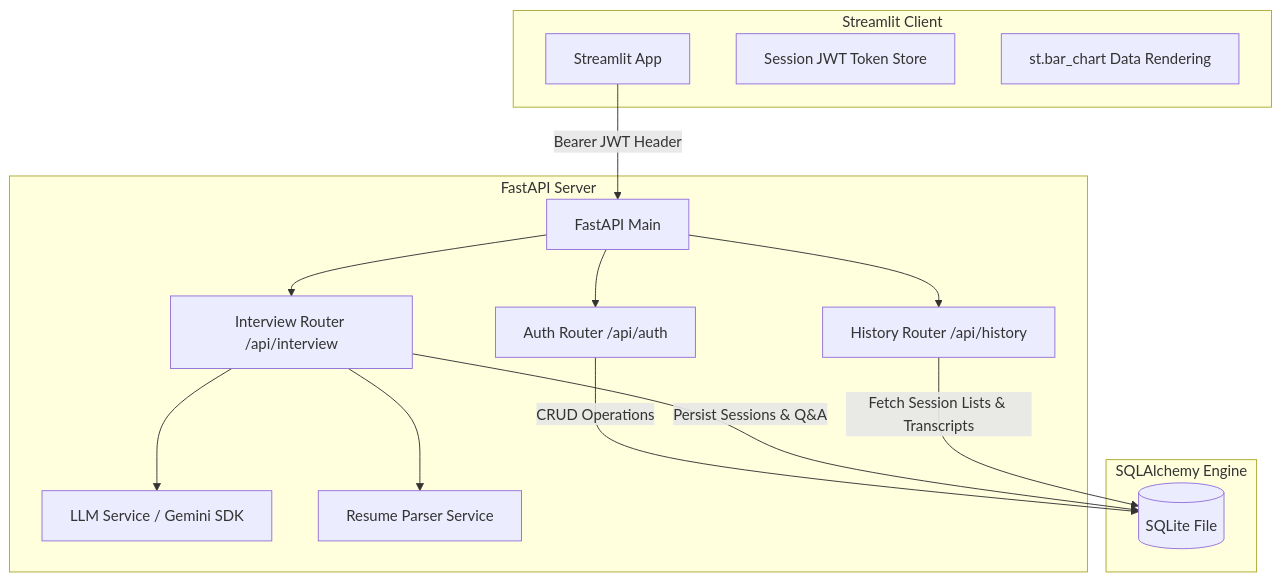
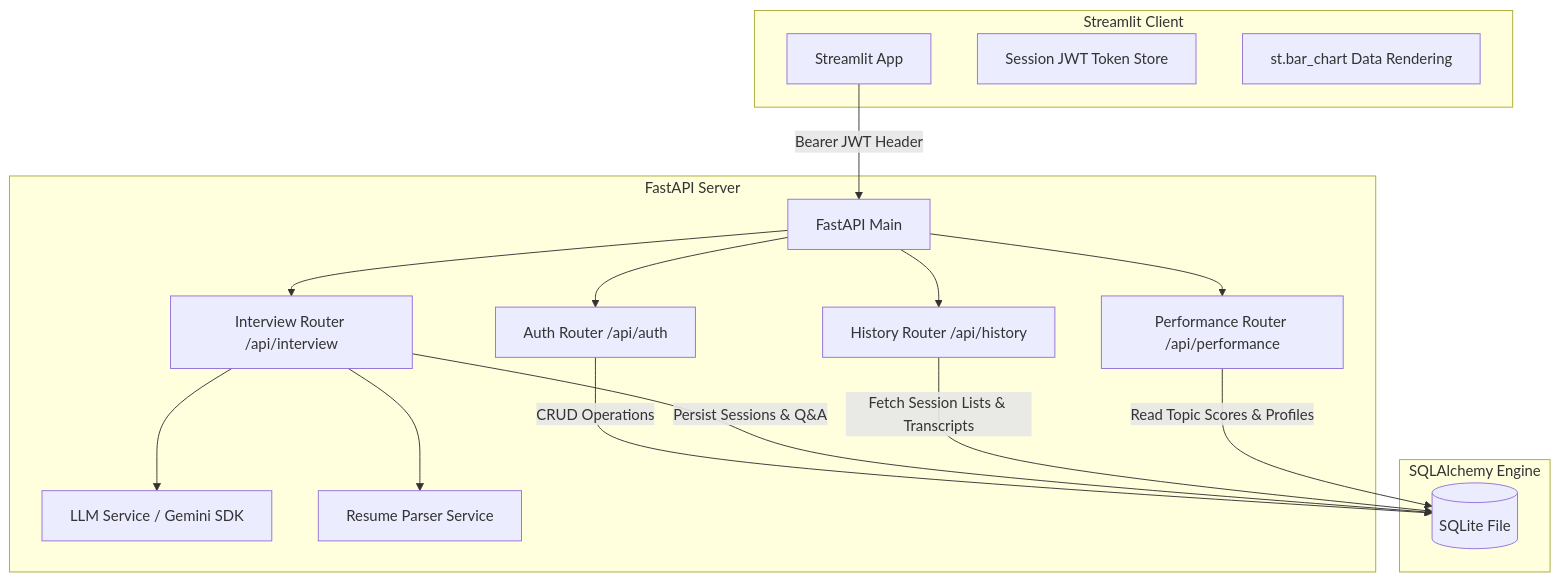
The diagram in README.md (Shruttik/ai-interview-assistant), drawn with Mermaid before and after one commit. The commit also changed other lines of this file and 7 other files, not shown here.

````diff
--- a/README.md
+++ b/README.md
@@ -24,31 +27,34 @@
 ```mermaid
 graph TD
     subgraph Frontend [Streamlit Client]
         UI[Streamlit App]
         AuthStore[Session JWT Token Store]
         Charts[st.bar_chart Data Rendering]
     end
 
     subgraph Backend [FastAPI Server]
         API[FastAPI Main]
         AuthRoute[Auth Router /api/auth]
         CoachRoute[Interview Router /api/interview]
+        PerfRoute[Performance Router /api/performance]
         HistRoute[History Router /api/history]
         LLM[LLM Service / Gemini SDK]
         PDF[Resume Parser Service]
     end
 
     subgraph Database [SQLAlchemy Engine]
         DB[(SQLite File)]
     end
 
     UI -->|Bearer JWT Header| API
     API --> AuthRoute
     API --> CoachRoute
+    API --> PerfRoute
     API --> HistRoute
     CoachRoute --> LLM
     CoachRoute --> PDF
     AuthRoute -->|CRUD Operations| DB
     CoachRoute -->|Persist Sessions & Q&A| DB
     HistRoute -->|Fetch Session Lists & Transcripts| DB
+    PerfRoute -->|Read Topic Scores & Profiles| DB
 ```
````
